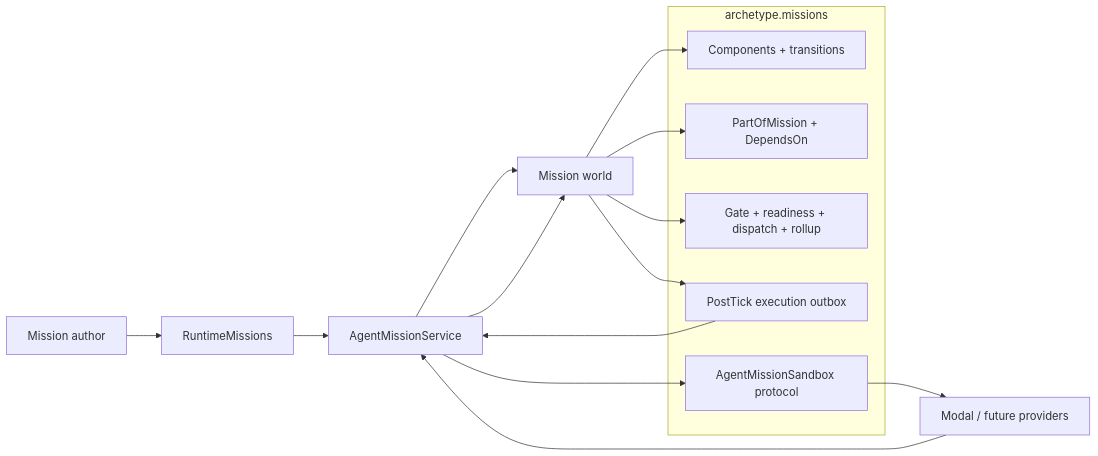
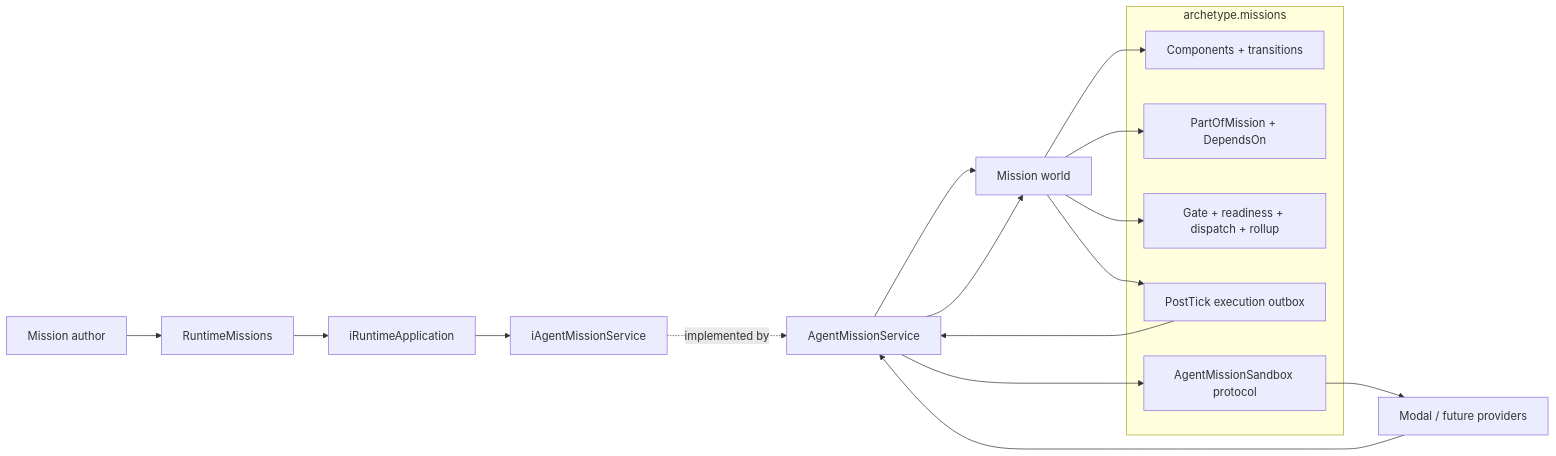
One commit to VangelisTech/archetype changed the first of 3 diagrams in docs/guide/agent-missions.md. Above: the diagram before and after it, drawn with Mermaid. The commit also changed other lines of this file and 27 other files, not shown here.

Commit message:
feat: enforce graph-owned mission publication

````diff
--- a/docs/guide/agent-missions.md
+++ b/docs/guide/agent-missions.md
@@ -157,24 +157,26 @@
 ```mermaid
 flowchart LR
     Author[Mission author] --> Runtime[RuntimeMissions]
-    Runtime --> Service[AgentMissionService]
+    Runtime --> Application[iRuntimeApplication]
+    Application --> Port[iAgentMissionService]
+    Port -. implemented by .-> Service[AgentMissionService]
     Service --> World[Mission world]
 
     subgraph Family[archetype.missions]
         State[Components + transitions]
         Graph[PartOfMission + DependsOn]
         Pipeline[Gate + readiness + dispatch + rollup]
         Outbox[PostTick execution outbox]
         SandboxPort[AgentMissionSandbox protocol]
     end
 
     World --> State
     World --> Graph
     World --> Pipeline
     World --> Outbox
     Outbox --> Service
     Service --> SandboxPort
     SandboxPort --> Provider[Modal / future providers]
     Provider --> Service
     Service --> World
 ```
````
